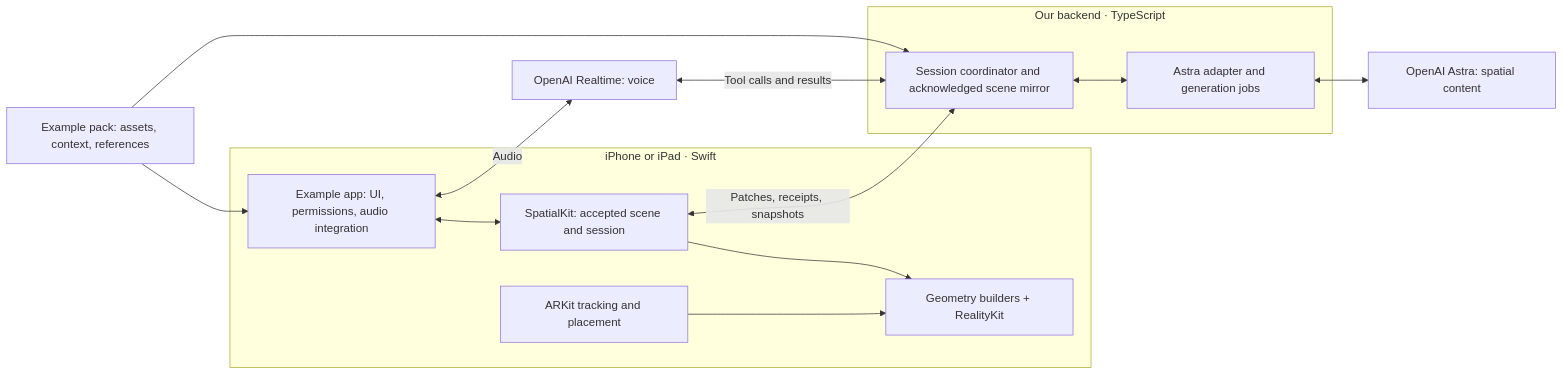
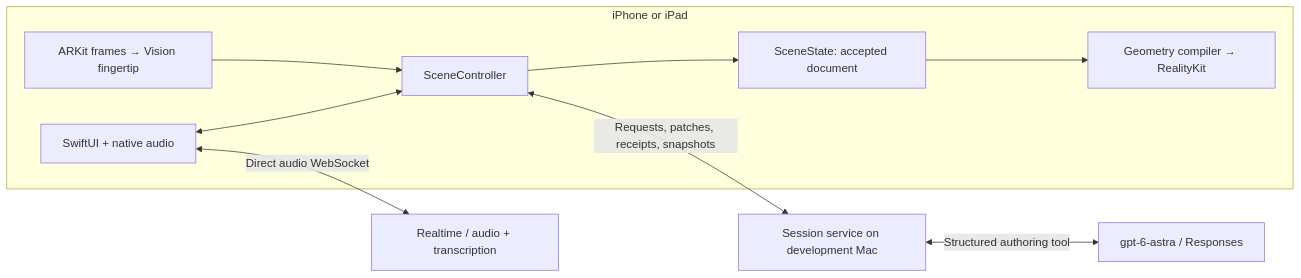
One commit to abharw/astra2026 changed the diagram in architecture.md. Above: the diagram before and after it, drawn with Mermaid. The commit also changed other lines of this file and 102 other files, not shown here.

Commit message:
Build native spatial runtime and detailed server demo

````diff
--- a/architecture.md
+++ b/architecture.md
@@ -49,26 +30,20 @@
 ```mermaid
 flowchart LR
-    subgraph Device["iPhone or iPad · Swift"]
-        App["Example app: UI, permissions, audio integration"]
-        State["SpatialKit: accepted scene and session"]
-        Render["Geometry builders + RealityKit"]
-        Tracking["ARKit tracking and placement"]
-        App <--> State
-        State --> Render
-        Tracking --> Render
+    subgraph Device["iPhone or iPad"]
+        UI["SwiftUI + native audio"]
+        Input["ARKit frames → Vision fingertip"]
+        Controller["SceneController"]
+        Core["SceneState: accepted document"]
+        Render["Geometry compiler → RealityKit"]
+        Input --> Controller
+        UI <--> Controller
+        Controller --> Core
+        Core --> Render
     end
-    subgraph Backend["Our backend · TypeScript"]
-        Session["Session coordinator and acknowledged scene mirror"]
-        Model["Astra adapter and generation jobs"]
-        Session <--> Model
-    end
-    Voice["OpenAI Realtime: voice"]
-    Astra["OpenAI Astra: spatial content"]
-    Pack["Example pack: assets, context, references"]
-    App <-->|Audio| Voice
-    Voice <-->|Tool calls and results| Session
-    State <-->|Patches, receipts, snapshots| Session
-    Model <--> Astra
-    Pack --> App
-    Pack --> Session
+    Service["Session service on development Mac"]
+    Astra["gpt-6-astra / Responses"]
+    Voice["Realtime / audio + transcription"]
+    UI <-->|"Direct audio WebSocket"| Voice
+    Controller <-->|"Requests, patches, receipts, snapshots"| Service
+    Service <-->|"Structured authoring tool"| Astra
 ```
````
